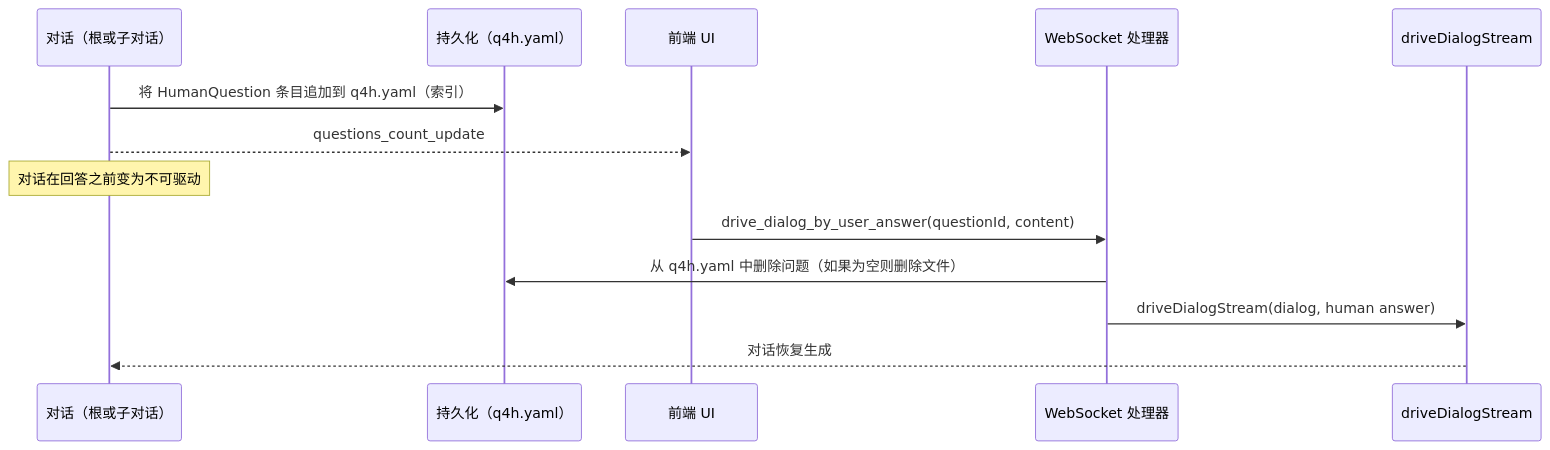
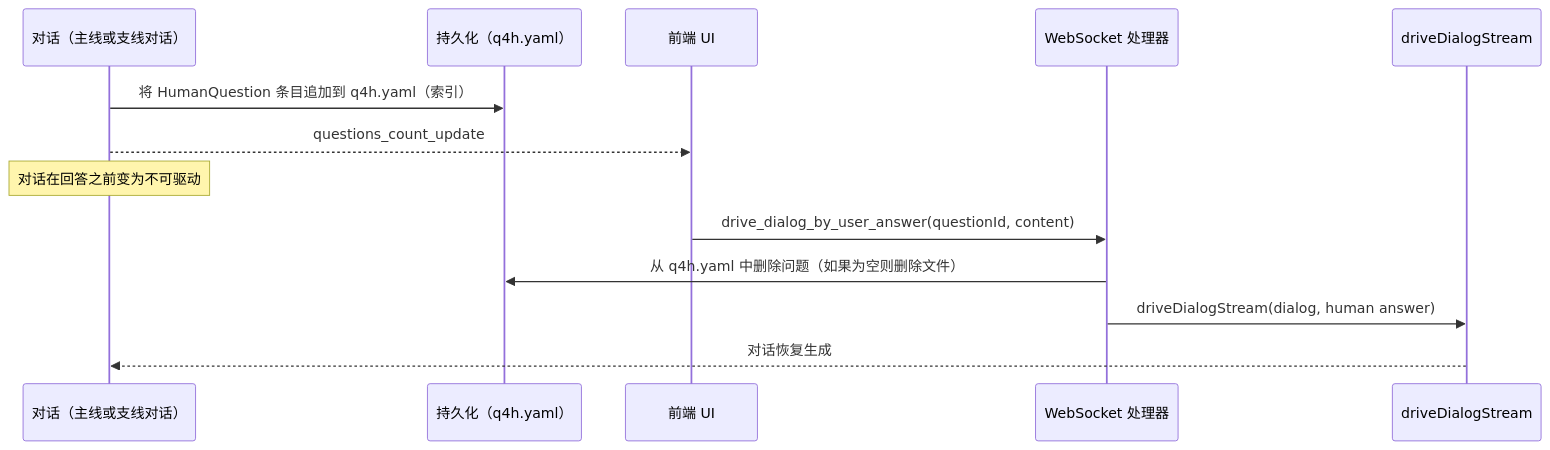
One commit to longrun-ai/dominds changed the third of 19 diagrams in docs/dialog-system.zh.md. Above: the diagram before and after it, drawn with Mermaid. The commit also changed other lines of this file and 195 other files, not shown here.

````diff
--- a/docs/dialog-system.zh.md
+++ b/docs/dialog-system.zh.md
@@ -496,17 +496,17 @@
 ```mermaid
 sequenceDiagram
-  participant D as 对话（根或子对话）
+  participant D as 对话（主线或支线对话）
   participant P as 持久化（q4h.yaml）
   participant UI as 前端 UI
   participant WS as WebSocket 处理器
   participant Driver as driveDialogStream
 
   D->>P: 将 HumanQuestion 条目追加到 q4h.yaml（索引）
   D-->>UI: questions_count_update
   Note over D: 对话在回答之前变为不可驱动
 
   UI->>WS: drive_dialog_by_user_answer(questionId, content)
   WS->>P: 从 q4h.yaml 中删除问题（如果为空则删除文件）
   WS->>Driver: driveDialogStream(dialog, human answer)
   Driver-->>D: 对话恢复生成
 ```
````
